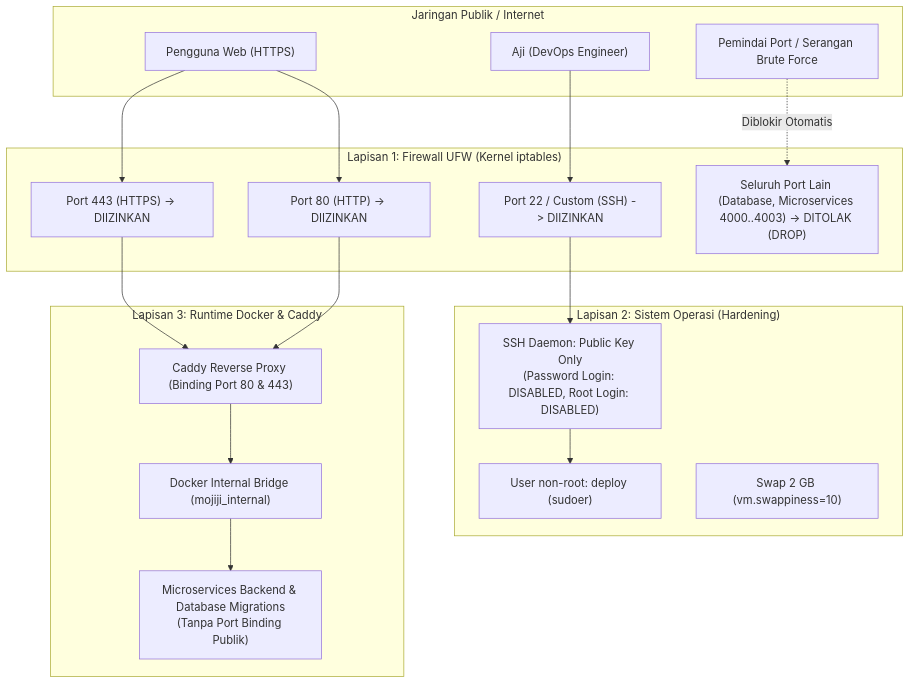
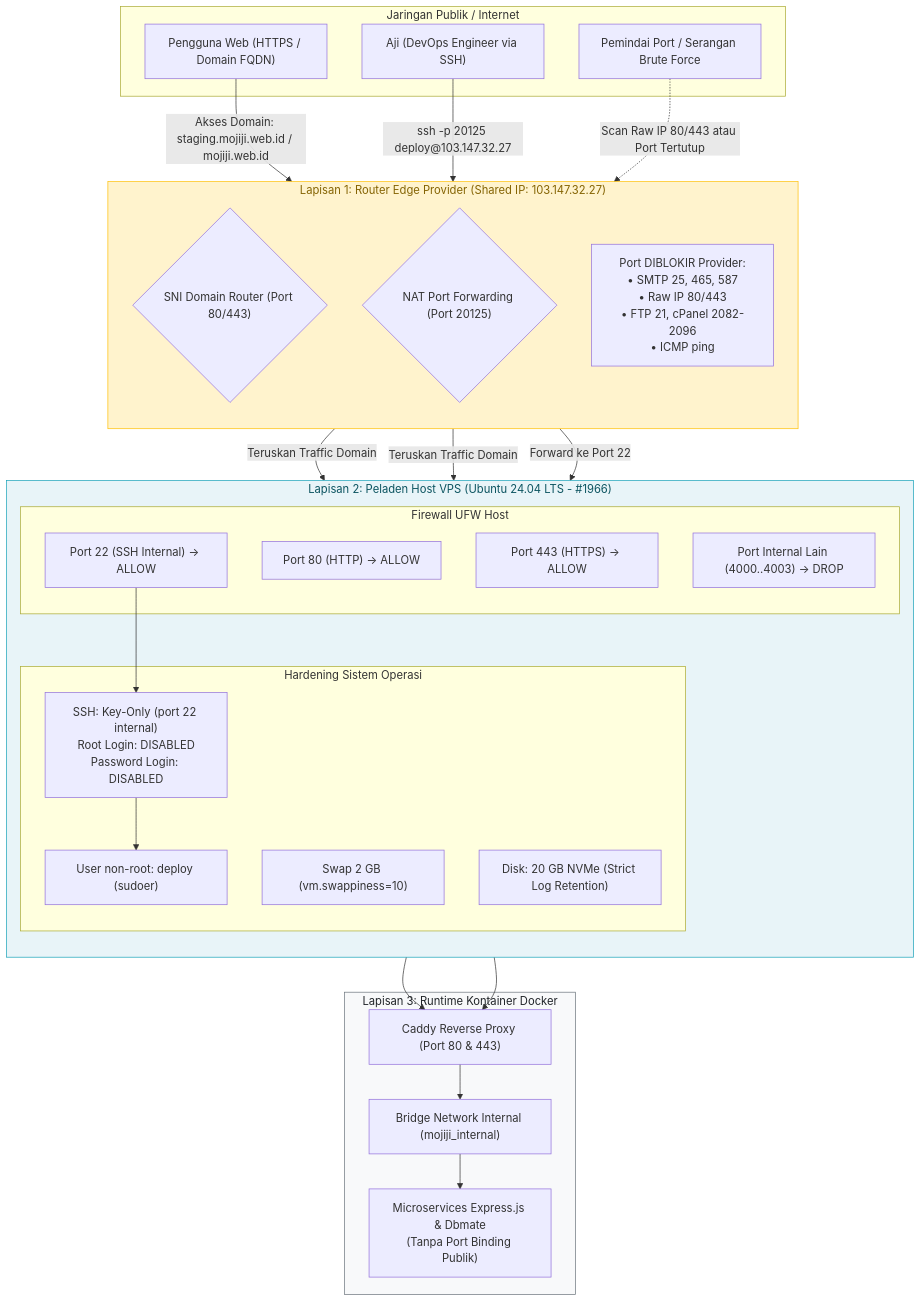
One commit to aji-banyu/mojiji-animelist changed the diagram in docs/deployment/setup-vps.md. Above: the diagram before and after it, drawn with Mermaid. The commit also changed other lines of this file and 22 other files, not shown here.

Commit message:
docs(infra): adaptasi arsitektur vps xeon shared dan pembersihan dokumentasi [MJ-091]

````diff
--- a/docs/deployment/setup-vps.md
+++ b/docs/deployment/setup-vps.md
@@ -17,33 +17,51 @@
 ```mermaid
 flowchart TD
     subgraph PUBLIC_INTERNET ["Jaringan Publik / Internet"]
-        User["Pengguna Web (HTTPS)"]
+        User["Pengguna Web (HTTPS / Domain FQDN)"]
         Hacker["Pemindai Port / Serangan Brute Force"]
-        DevOps["Aji (DevOps Engineer)"]
+        DevOps["Aji (DevOps Engineer via SSH)"]
     end
 
-    subgraph FIREWALL ["Lapisan 1: Firewall UFW (Kernel iptables)"]
-        FW1["Port 80 (HTTP) -> DIIZINKAN"]
-        FW2["Port 443 (HTTPS) -> DIIZINKAN"]
-        FW3["Port 22 / Custom (SSH) -> DIIZINKAN"]
-        FW_DROP["Seluruh Port Lain (Database, Microservices 4000..4003) -> DITOLAK (DROP)"]
+    subgraph PROVIDER_EDGE ["Lapisan 1: Router Edge Provider (Shared IP: 103.147.32.27)"]
+        direction TB
+        SNI_ROUTER{"SNI Domain Router (Port 80/443)"}
+        NAT_FORWARD{"NAT Port Forwarding (Port 20125)"}
+        BLOCKED_PORTS["Port DIBLOKIR Provider:\n• SMTP 25, 465, 587\n• Raw IP 80/443\n• FTP 21, cPanel 2082-2096\n• ICMP ping"]
     end
 
-    subgraph OS_LAYER ["Lapisan 2: Sistem Operasi (Hardening)"]
-        SSH_AUTH["SSH Daemon: Public Key Only\n(Password Login: DISABLED, Root Login: DISABLED)"]
-        USER_DEPLOY["User non-root: deploy (sudoer)"]
-        SWAP_SPACE["Swap 2 GB (vm.swappiness=10)"]
+    subgraph VPS_HOST ["Lapisan 2: Peladen Host VPS (Ubuntu 24.04 LTS - #1966)"]
+        direction TB
+        subgraph UFW ["Firewall UFW Host"]
+            FW_SSH["Port 22 (SSH Internal) -> ALLOW"]
+            FW_HTTP["Port 80 (HTTP) -> ALLOW"]
+            FW_HTTPS["Port 443 (HTTPS) -> ALLOW"]
+            FW_DROP["Port Internal Lain (4000..4003) -> DROP"]
+        end
+        
+        subgraph OS_HARDENING ["Hardening Sistem Operasi"]
+            SSH_DAEMON["SSH: Key-Only (port 22 internal)\nRoot Login: DISABLED\nPassword Login: DISABLED"]
+            USER_DEPLOY["User non-root: deploy (sudoer)"]
+            SWAP_SPACE["Swap 2 GB (vm.swappiness=10)"]
+            DISK_NVME["Disk: 20 GB NVMe (Strict Log Retention)"]
+        end
     end
 
-    subgraph DOCKER_ENGINE ["Lapisan 3: Runtime Docker & Caddy"]
-        CADDY["Caddy Reverse Proxy (Binding Port 80 & 443)"]
-        INTERNAL_NET["Docker Internal Bridge (mojiji_internal)"]
-        SERVICES["Microservices Backend & Database Migrations\n(Tanpa Port Binding Publik)"]
+    subgraph DOCKER_RUNTIME ["Lapisan 3: Runtime Kontainer Docker"]
+        CADDY["Caddy Reverse Proxy (Port 80 & 443)"]
+        INTERNAL_NET["Bridge Network Internal (mojiji_internal)"]
+        SERVICES["Microservices Express.js & Dbmate\n(Tanpa Port Binding Publik)"]
     end
 
-    User --> FW2 --> CADDY
-    User --> FW1 --> CADDY
-    Hacker -.->|Diblokir Otomatis| FW_DROP
-    DevOps --> FW3 --> SSH_AUTH --> USER_DEPLOY
+    User -->|Akses Domain: staging.mojiji.web.id / mojiji.web.id| SNI_ROUTER
+    SNI_ROUTER -->|Teruskan Traffic Domain| FW_HTTP & FW_HTTPS --> CADDY
+    
+    DevOps -->|ssh -p 20125 deploy@103.147.32.27| NAT_FORWARD
+    NAT_FORWARD -->|Forward ke Port 22| FW_SSH --> SSH_DAEMON --> USER_DEPLOY
+    
+    Hacker -.->|Scan Raw IP 80/443 atau Port Tertutup| BLOCKED_PORTS
     CADDY --> INTERNAL_NET --> SERVICES
+
+    style PROVIDER_EDGE fill:#fff3cd,stroke:#ffc107,color:#856404
+    style VPS_HOST fill:#e8f4f8,stroke:#17a2b8,color:#0c5460
+    style DOCKER_RUNTIME fill:#f8f9fa,stroke:#6c757d,color:#212529
 ```
````
